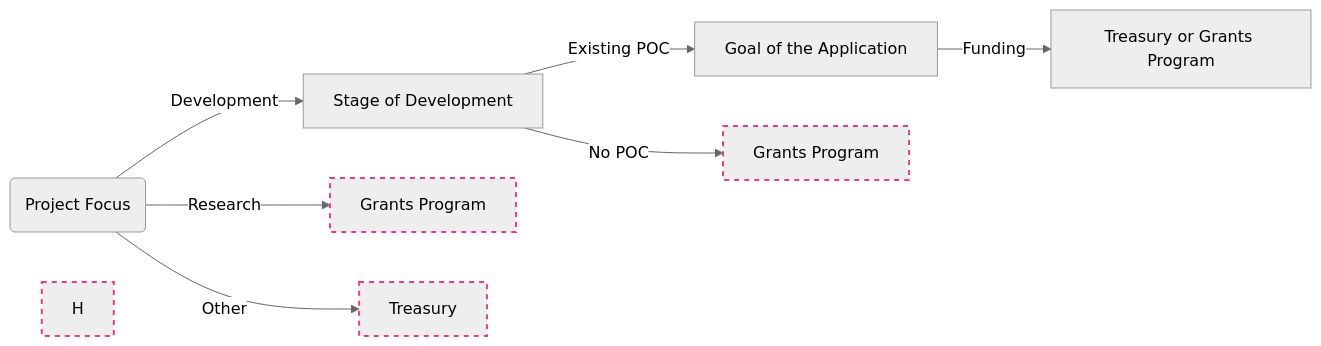
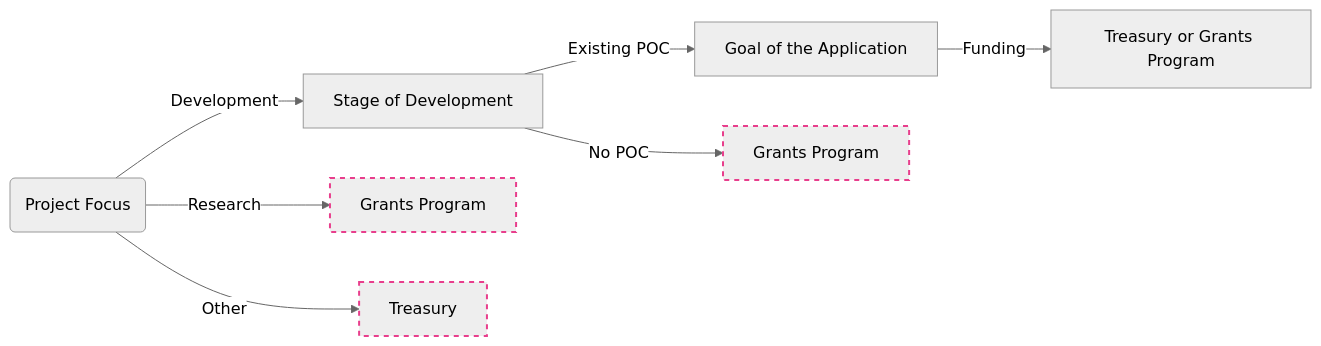
Before and after one commit to w3f/Grants-Program: the diagram in README.md, drawn with Mermaid (neutral theme).

Commit message:
Update README.md (#2348)
remove artifact `H`

````diff
--- a/README.md
+++ b/README.md
@@ -260,18 +260,17 @@
 ```mermaid
 flowchart LR
     A(Project Focus)
     A -->|Development| B[Stage of Development]
     A -->|Research| C[Grants Program]
     A -->|Other| D[Treasury]
     B -->|Existing POC| E[Goal of the Application]
     B -->|No POC| F[Grants Program]
     E -->|Funding| G[Treasury or Grants Program]
     style C stroke:#e83e8c,stroke-width:2px,stroke-dasharray: 5 5
     style D stroke:#e83e8c,stroke-width:2px,stroke-dasharray: 5 5
     style F stroke:#e83e8c,stroke-width:2px,stroke-dasharray: 5 5
-    style H stroke:#e83e8c,stroke-width:2px,stroke-dasharray: 5 5
     
     click C "https://github.com/w3f/Grants-Program#pencil-process" "You are already in the right place :)"
     click D "https://polkadot.network/treasury" "https://polkadot.network/treasury/" _blank
     click F "https://github.com/w3f/Grants-Program#pencil-process" "You are already in the right place :)"
 ```
````
